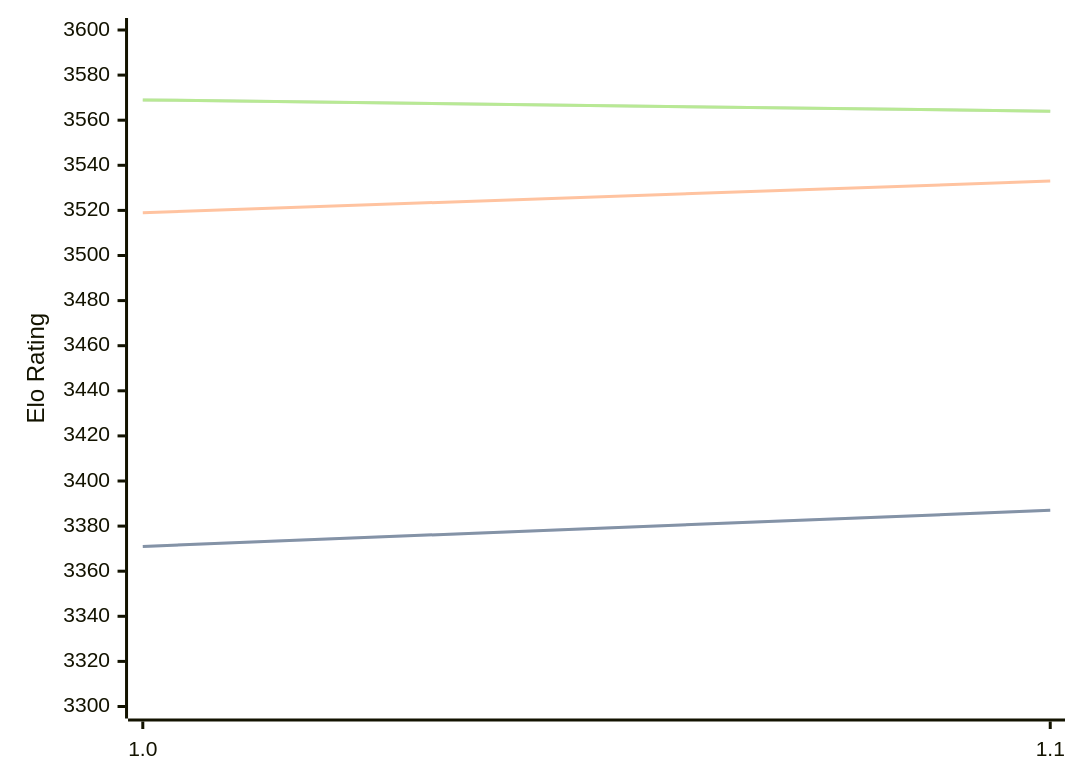
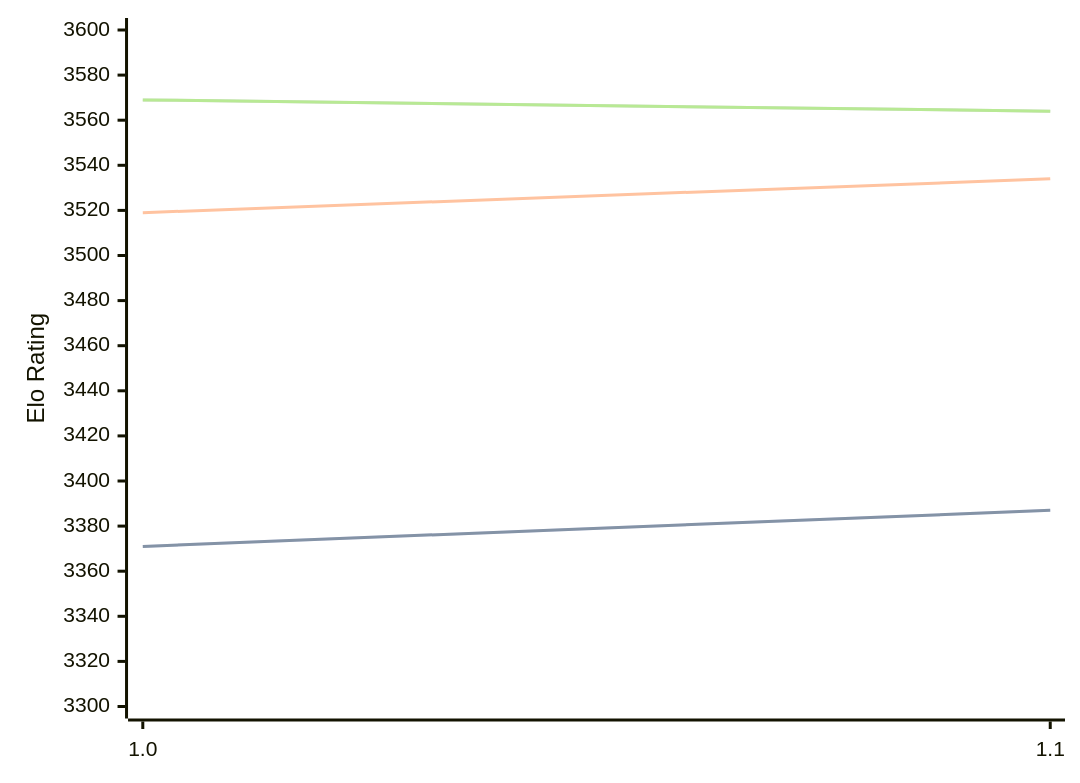
Before and after one commit to computer-chess-index/cci: the diagram in engines/Horsie.md, drawn with Mermaid. The commit also changed other lines of this file, not shown here.

````diff
--- a/engines/Horsie.md
+++ b/engines/Horsie.md
@@ -29,11 +29,11 @@
 ```mermaid
 %%{init: {"theme":"base","themeVariables":{"seriesColors:['#a3a3a3','#222221','#faa371']}}}%%
 xychart-beta
   x-axis ["1.0", "1.1"]
   y-axis "Elo Rating" 3300 --> 3600
   line "STC (8.0+0.08s)" [3371, 3387]
   line "STC (8.0+0.08s)" [3371, 3387]
-  line "LTC (60.0+0.60s)" [3519, 3533]
+  line "LTC (60.0+0.60s)" [3519, 3534]
   line "VLTC (2m24s+1.12s)" [3569, 3564]
   line "VLTC (2m24s+1.12s)" [3569, 3564]
 ```
````
